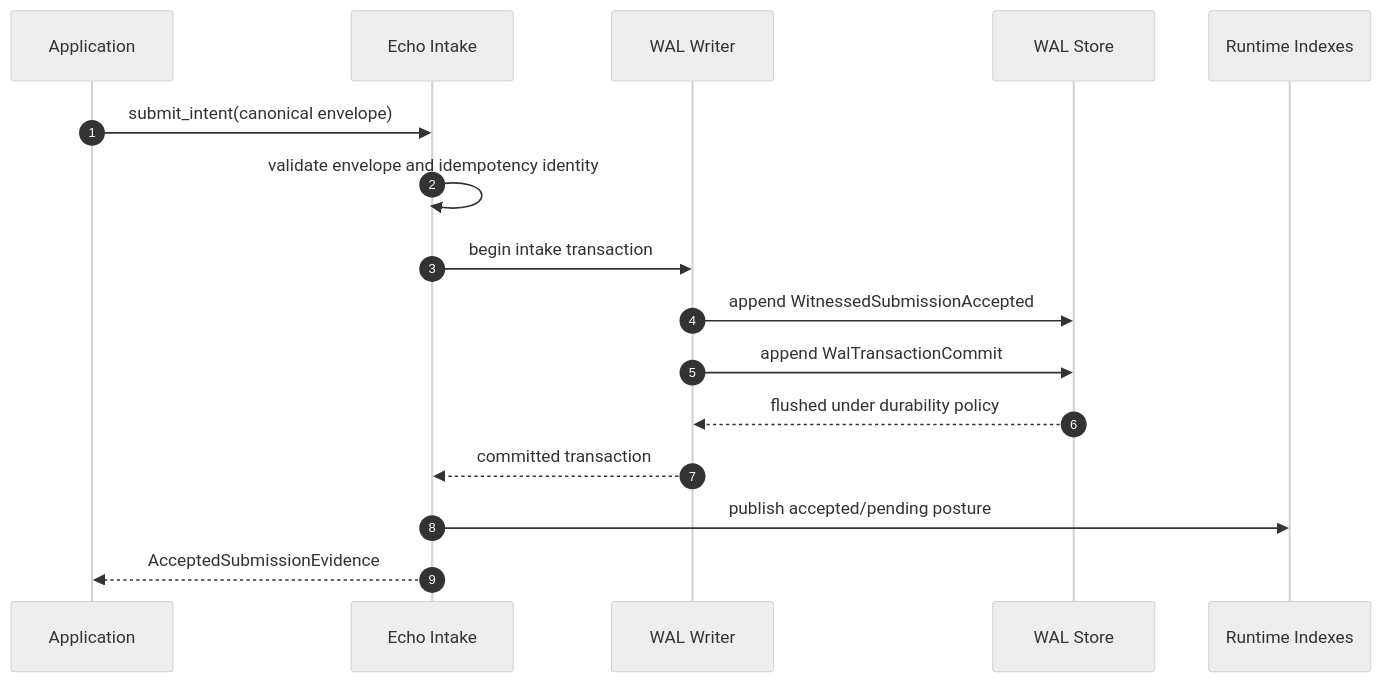
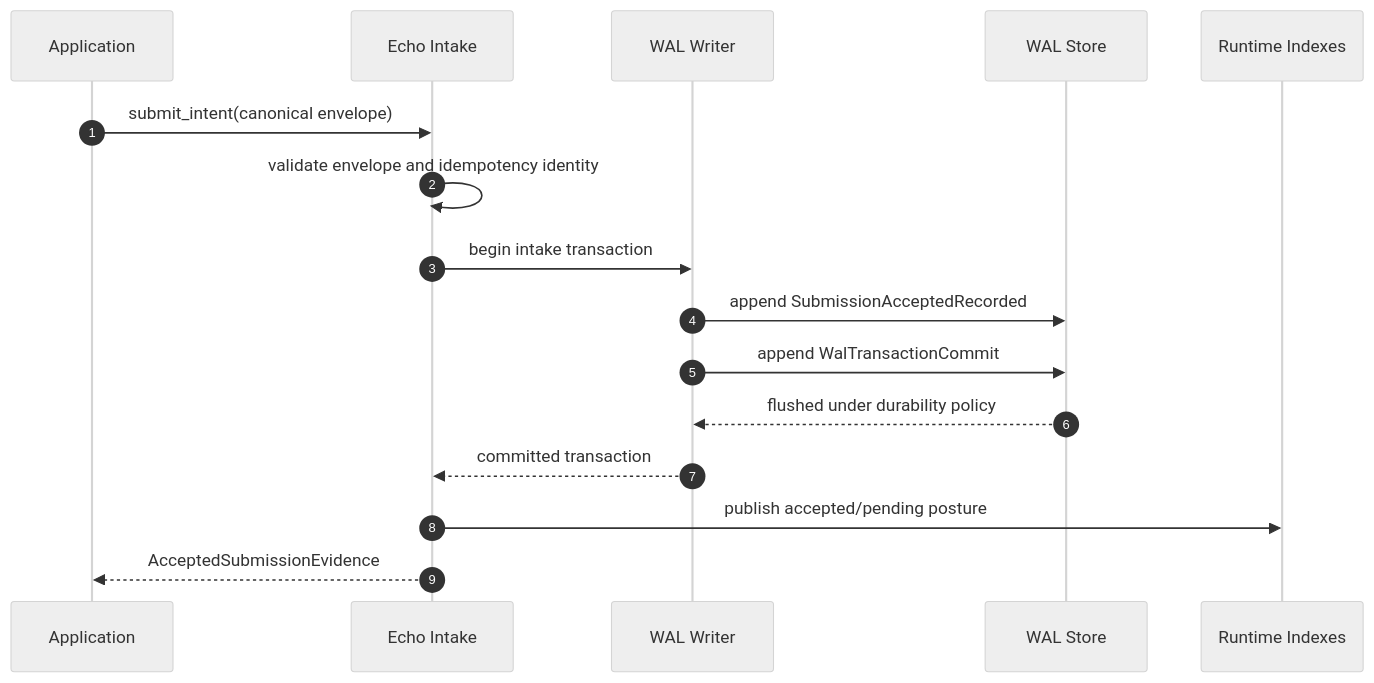
Before and after one commit to flyingrobots/echo: the fourth of 15 diagrams in docs/design/causal-wal-end-to-end.md, drawn with Mermaid (neutral theme). The commit also changed other lines of this file and 4 other files, not shown here.

````diff
--- a/docs/design/causal-wal-end-to-end.md
+++ b/docs/design/causal-wal-end-to-end.md
@@ -199,19 +224,19 @@
 ```mermaid
 sequenceDiagram
     autonumber
     participant App as Application
     participant Intake as Echo Intake
     participant Wal as WAL Writer
     participant Store as WAL Store
     participant Index as Runtime Indexes
 
     App->>Intake: submit_intent(canonical envelope)
     Intake->>Intake: validate envelope and idempotency identity
     Intake->>Wal: begin intake transaction
-    Wal->>Store: append WitnessedSubmissionAccepted
+    Wal->>Store: append SubmissionAcceptedRecorded
     Wal->>Store: append WalTransactionCommit
     Store-->>Wal: flushed under durability policy
     Wal-->>Intake: committed transaction
     Intake->>Index: publish accepted/pending posture
     Intake-->>App: AcceptedSubmissionEvidence
 ```
````
